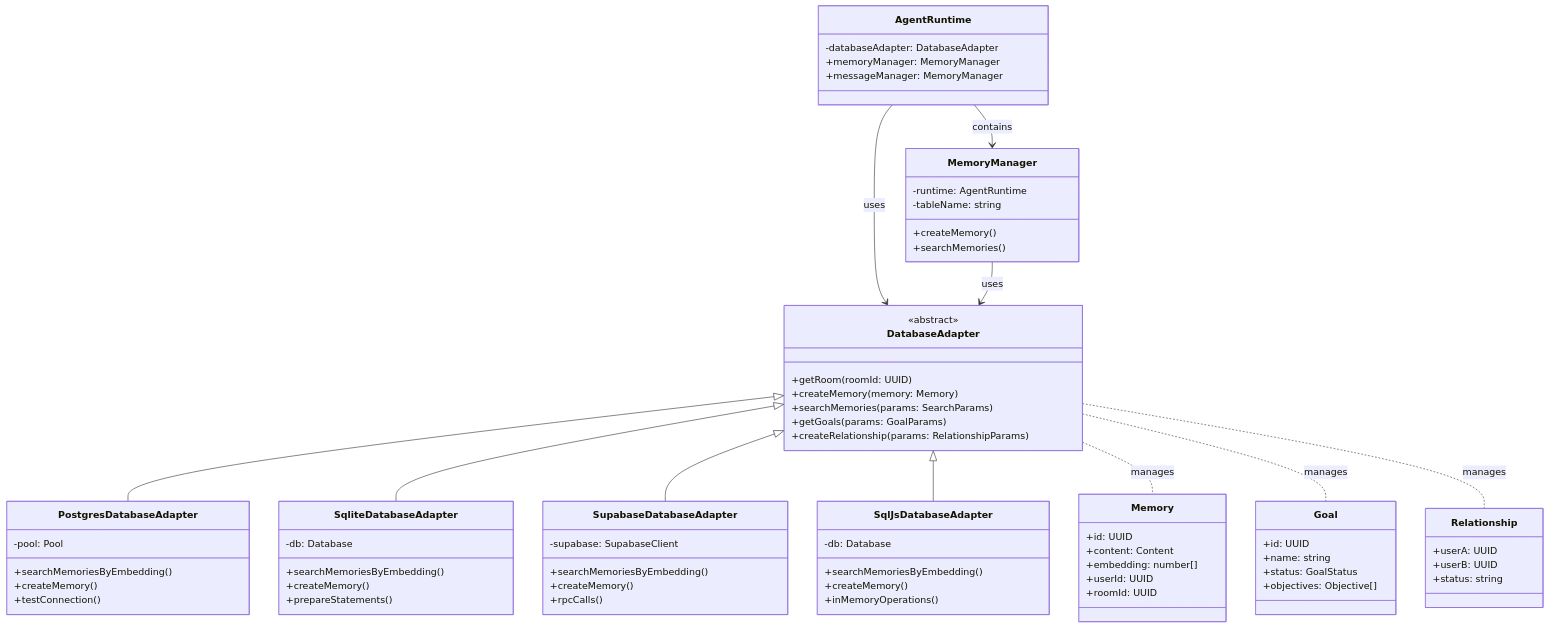
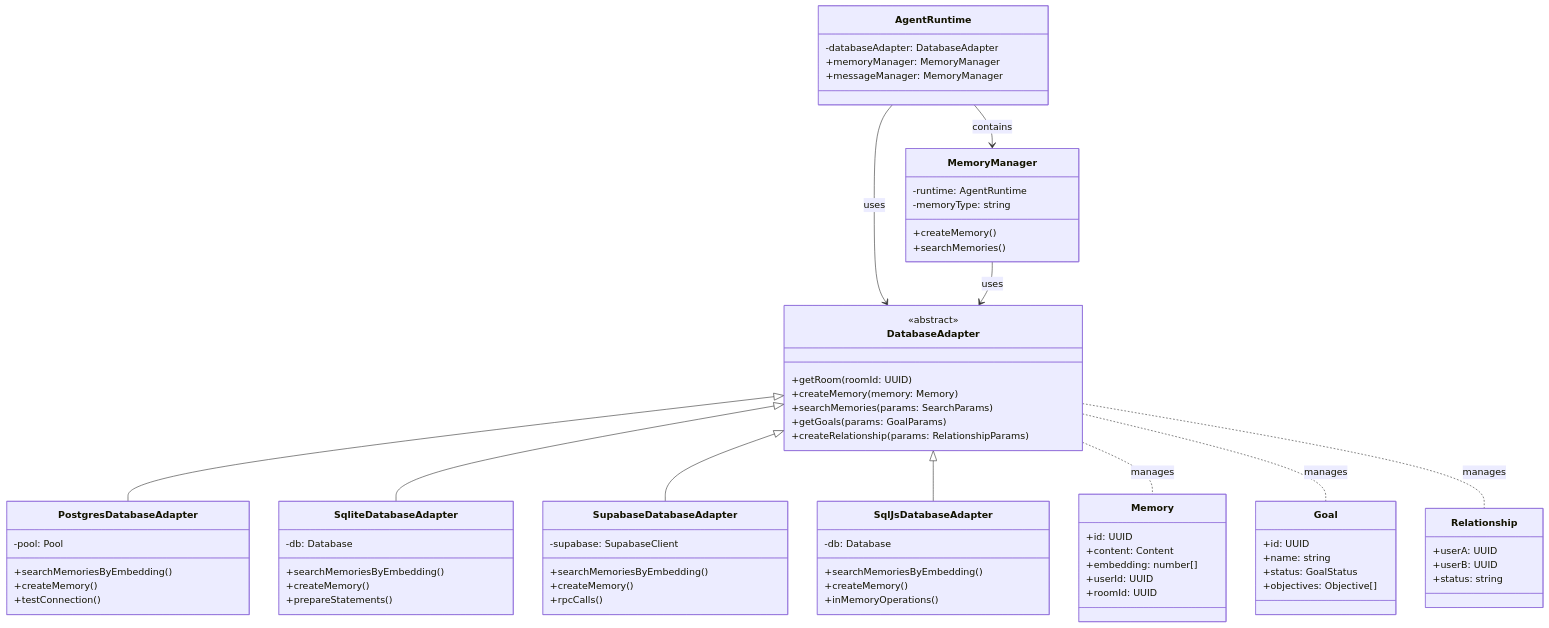
One commit to oleksii-dy/eliza_starter changed the diagram in docs/docs/packages/adapters.md. Above: the diagram before and after it, drawn with Mermaid. The commit also changed other lines of this file and 25 other files, not shown here.

```diff
--- a/docs/docs/packages/adapters.md
+++ b/docs/docs/packages/adapters.md
@@ -91,7 +91,7 @@
 
     class MemoryManager {
         -runtime: AgentRuntime
-        -tableName: string
+        -memoryType: string
         +createMemory()
         +searchMemories()
     }
```
